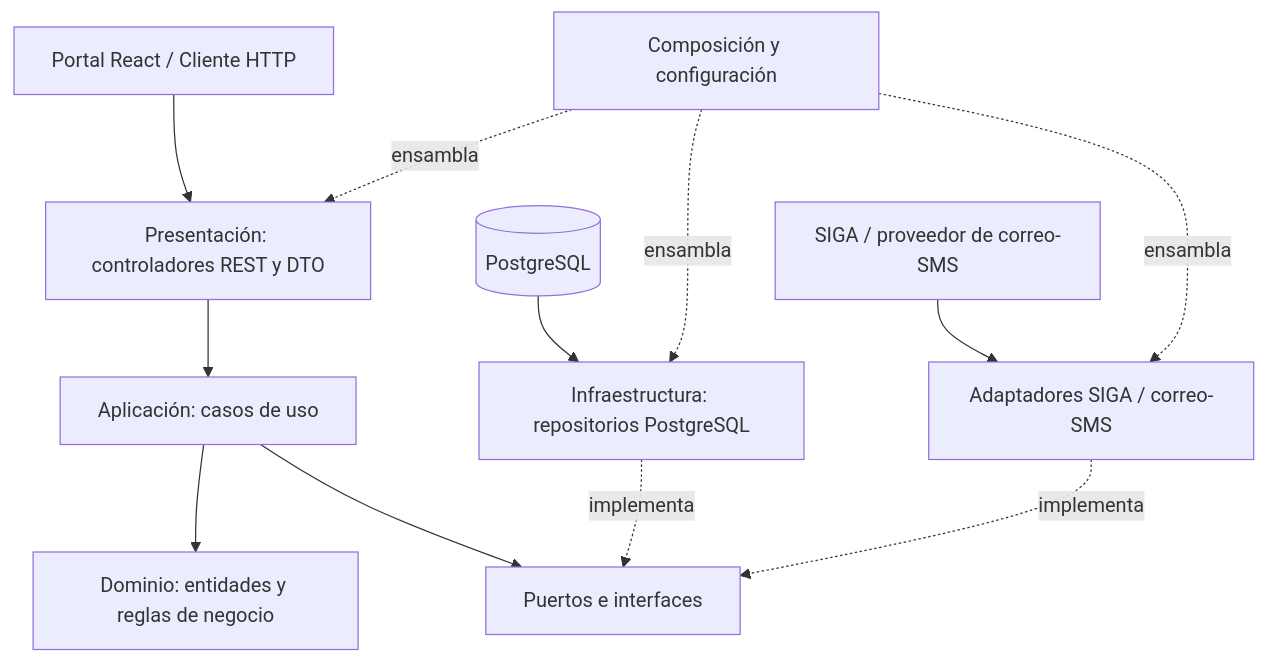
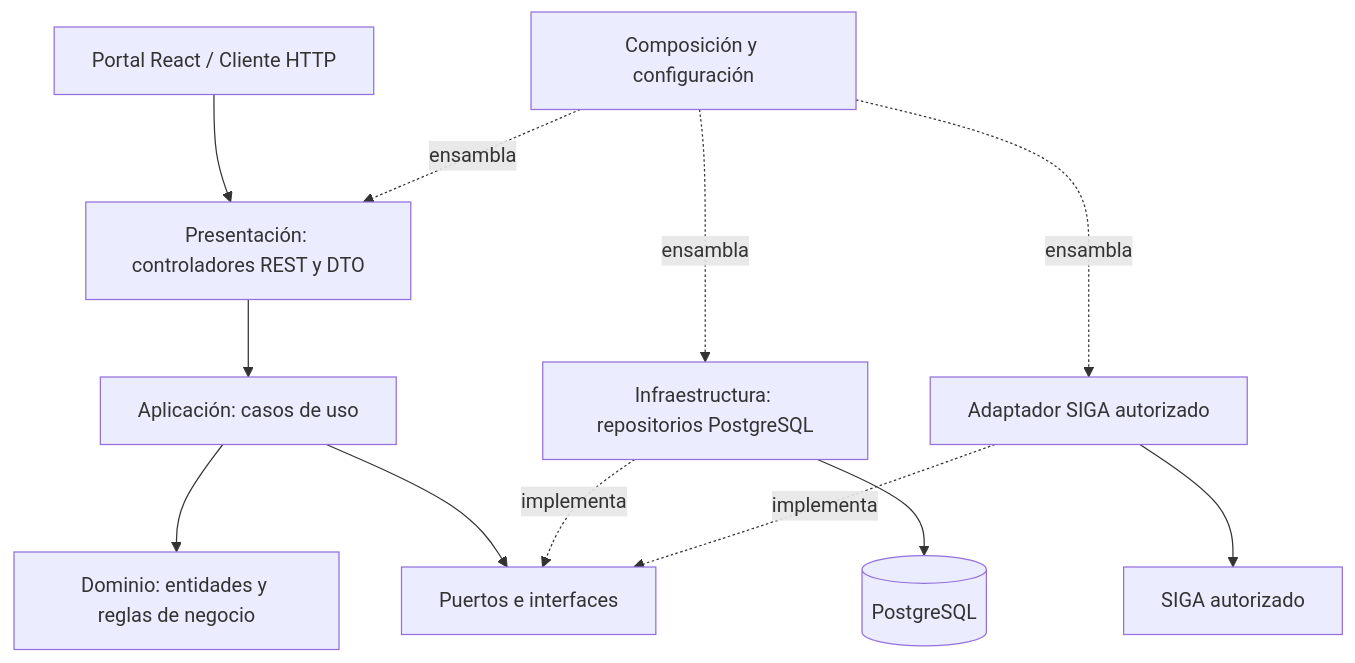
One commit to Jhoncode987/Sistema-de-Gestion-y-Publicacion-Practicas-Preprofesionales changed the diagram in docs/02-arquitectura/enfoque/enfoque-arquitectonico.md. Above: the diagram before and after it, drawn with Mermaid. The commit also changed other lines of this file and 13 other files, not shown here.

Commit message:
docs: conservar arquitectura y diagramas originales y detallar los siete módulos

````diff
--- a/docs/02-arquitectura/enfoque/enfoque-arquitectonico.md
+++ b/docs/02-arquitectura/enfoque/enfoque-arquitectonico.md
@@ -46,14 +47,14 @@
 ```mermaid
 flowchart TB
     UI["Portal React / Cliente HTTP"] --> CTRL["Presentación: controladores REST y DTO"]
     CTRL --> UC["Aplicación: casos de uso"]
     UC --> ENT["Dominio: entidades y reglas de negocio"]
     UC --> PORT["Puertos e interfaces"]
     REPO["Infraestructura: repositorios PostgreSQL"] -. implementa .-> PORT
-    ADAPT["Adaptadores SIGA / correo-SMS"] -. implementa .-> PORT
-    DB[(PostgreSQL)] --> REPO
-    EXTAPI["SIGA / proveedor de correo-SMS"] --> ADAPT
+    ADAPT["Adaptador SIGA autorizado"] -. implementa .-> PORT
+    REPO --> DB[(PostgreSQL)]
+    ADAPT --> EXTAPI["SIGA autorizado"]
     CONFIG["Composición y configuración"] -. ensambla .-> CTRL
     CONFIG -. ensambla .-> REPO
     CONFIG -. ensambla .-> ADAPT
 ```
````
